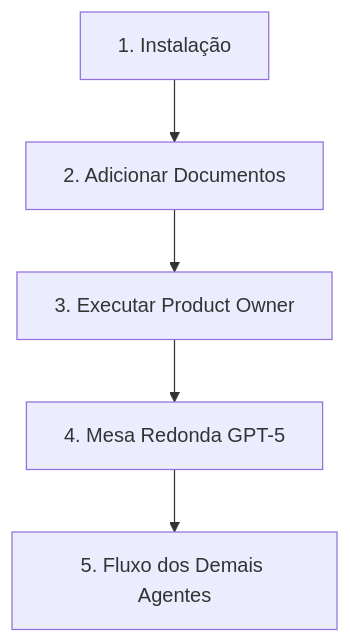
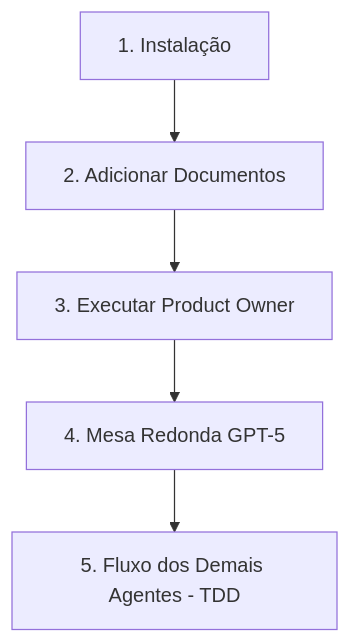
Before and after one commit to eliterickytech/WorkflowAgentsAI: the diagram in docs/fluxo-completo.md, drawn with Mermaid. The commit also changed other lines of this file and 155 other files, not shown here.

````diff
--- a/docs/fluxo-completo.md
+++ b/docs/fluxo-completo.md
@@ -5,7 +5,7 @@
 ```mermaid
 graph TD
     A[1. Instalação] --> B[2. Adicionar Documentos]
     B --> C[3. Executar Product Owner]
     C --> D[4. Mesa Redonda GPT-5]
-    D --> E[5. Fluxo dos Demais Agentes]
+    D --> E[5. Fluxo dos Demais Agentes - TDD]
 ```
````
